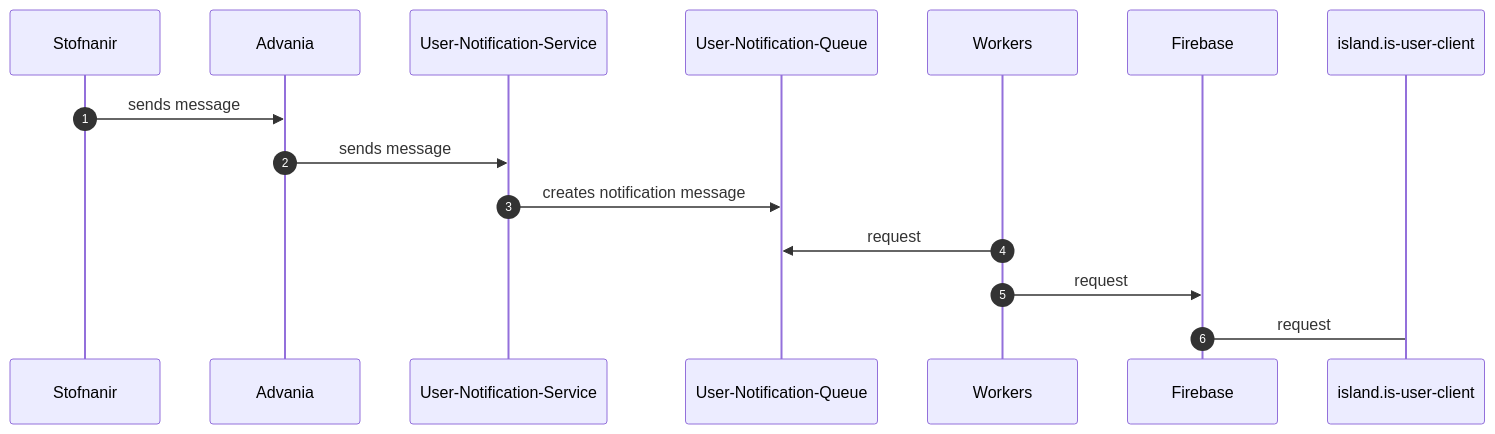
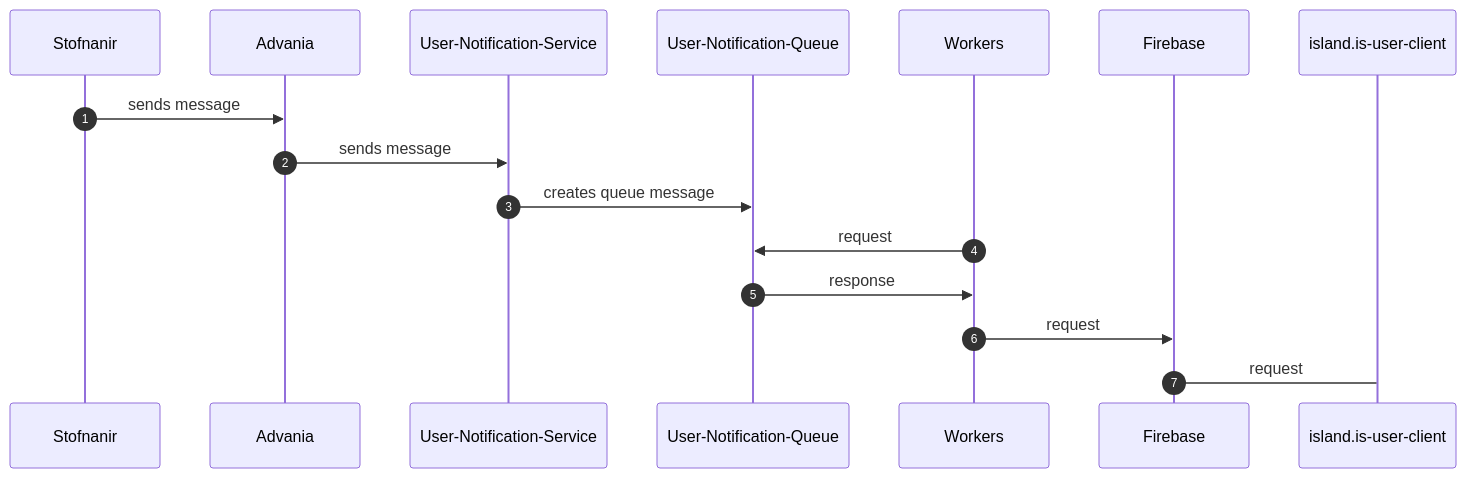
Before and after one commit to rafnarnason/bookish-fiesta: the diagram in hnipp.md, drawn with Mermaid.

````diff
--- a/hnipp.md
+++ b/hnipp.md
@@ -1,13 +1,14 @@
 ```mermaid
 sequenceDiagram
     autonumber
     Stofnanir->>Advania:sends message
     Advania->>User-Notification-Service:sends message
-    User-Notification-Service->>User-Notification-Queue:creates notification message
+    User-Notification-Service->>User-Notification-Queue:creates queue message
     Workers->>User-Notification-Queue:request
+    User-Notification-Queue->>Workers:response
     Workers->>Firebase:request
     Firebase->island.is-user-client:request
     
     
    
 ```
````
